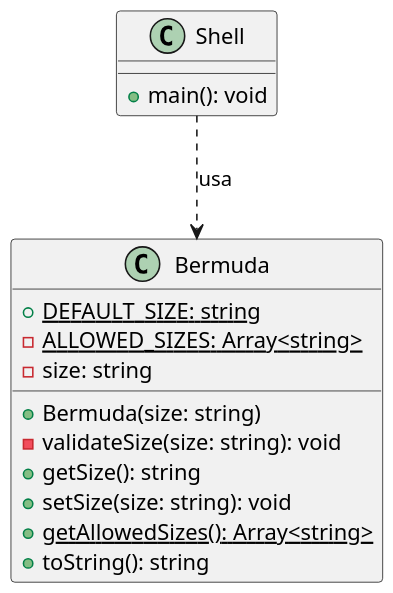
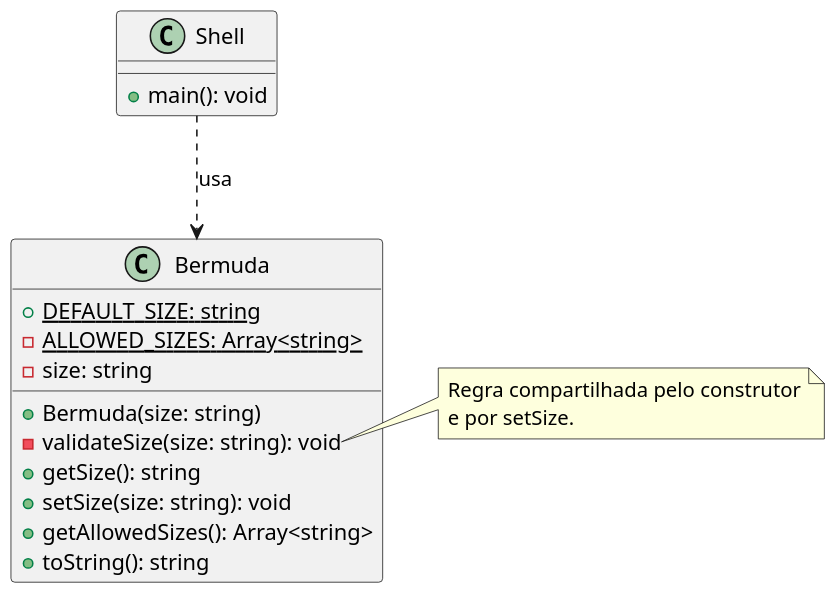
One commit to qxcodepoo/arcade changed the diagram in labs/bermuda/assets/diagrama.puml. Above: the diagram before and after it, drawn with PlantUML. The commit also changed 58 other files, not shown here.

```diff
--- a/labs/bermuda/assets/diagrama.puml
+++ b/labs/bermuda/assets/diagrama.puml
@@ -1,26 +1,31 @@
 @startuml
 
 skinparam defaultFontName "Source Code Pro"
 skinparam dpi 150
 
 class Bermuda {
   {static} + DEFAULT_SIZE: string
   {static} - ALLOWED_SIZES: Array<string>
   - size: string
   __
   + Bermuda(size: string)
   - validateSize(size: string): void
   + getSize(): string
   + setSize(size: string): void
-  {static} + getAllowedSizes(): Array<string>
+  + getAllowedSizes(): Array<string>
   + toString(): string
 }
+
+note right of Bermuda::validateSize
+  Regra compartilhada pelo construtor
+  e por setSize.
+end note
 
 class Shell {
   __
   + main(): void
 }
 
 Shell ..> Bermuda : usa
 
 @enduml
```
